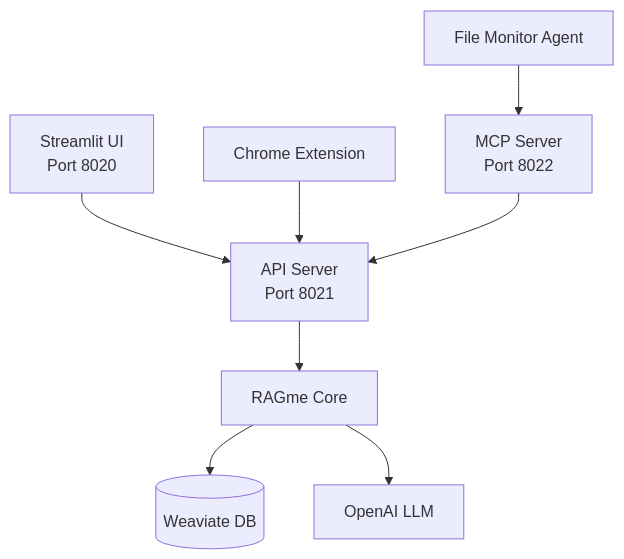
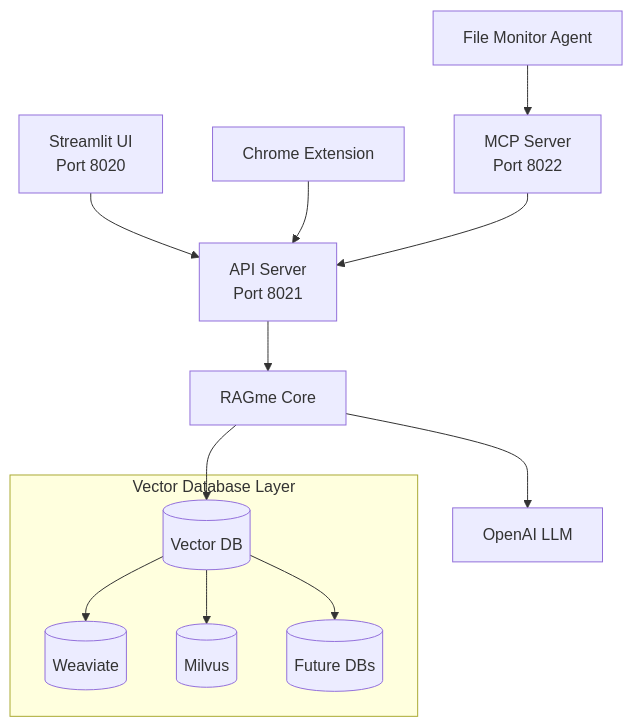
Before and after one commit to maximilien/ragme-io: the second of 3 diagrams in README.md, drawn with Mermaid. The commit also changed other lines of this file and 16 other files, not shown here.

````diff
--- a/README.md
+++ b/README.md
@@ -198,10 +213,16 @@
 ```mermaid
 flowchart TB
     ui[Streamlit UI<br/>Port 8020] --> api[API Server<br/>Port 8021]
     chrome[Chrome Extension] --> api
     agent[File Monitor Agent] --> mcp[MCP Server<br/>Port 8022]
     mcp --> api
     api --> ragme[RAGme Core]
-    ragme --> weaviate[(Weaviate DB)]
+    ragme --> vector-db[(Vector DB)]
     ragme --> openai[OpenAI LLM]
+    
+    subgraph "Vector Database Layer"
+        vector-db --> weaviate[(Weaviate)]
+        vector-db --> milvus[(Milvus)]
+        vector-db --> future[(Future DBs)]
+    end
 ```
````
